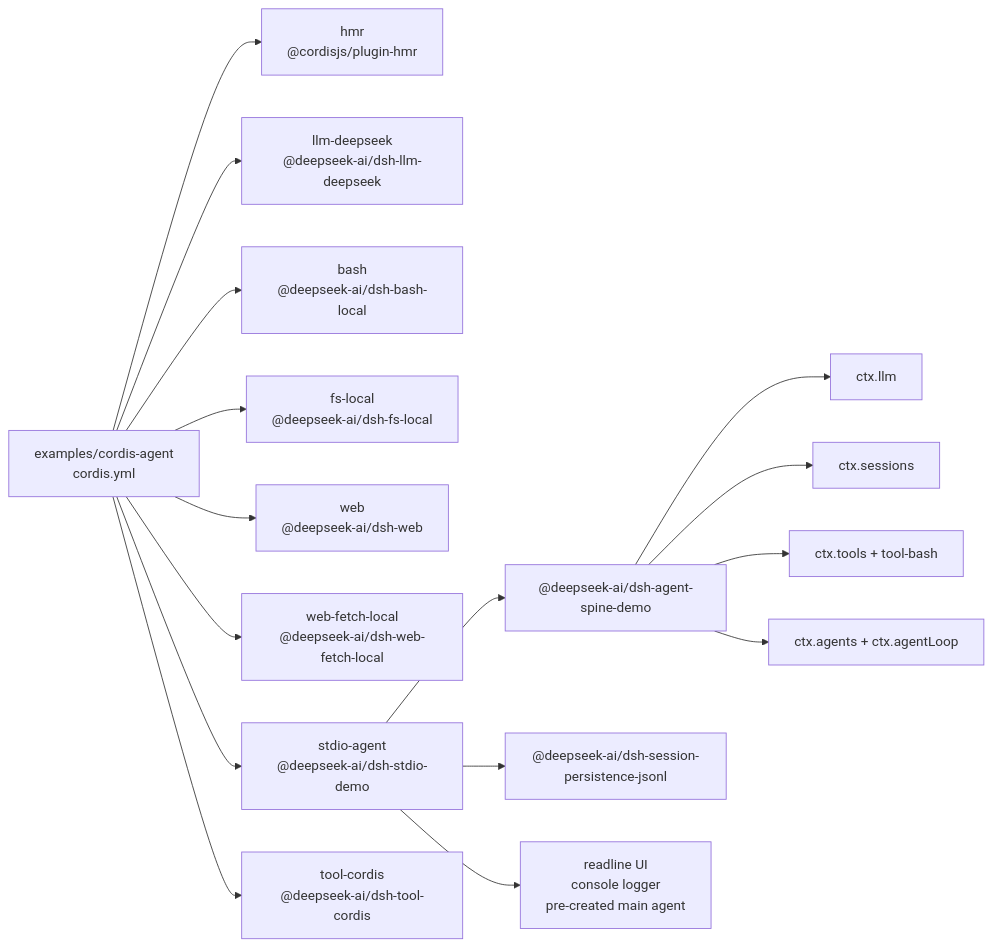
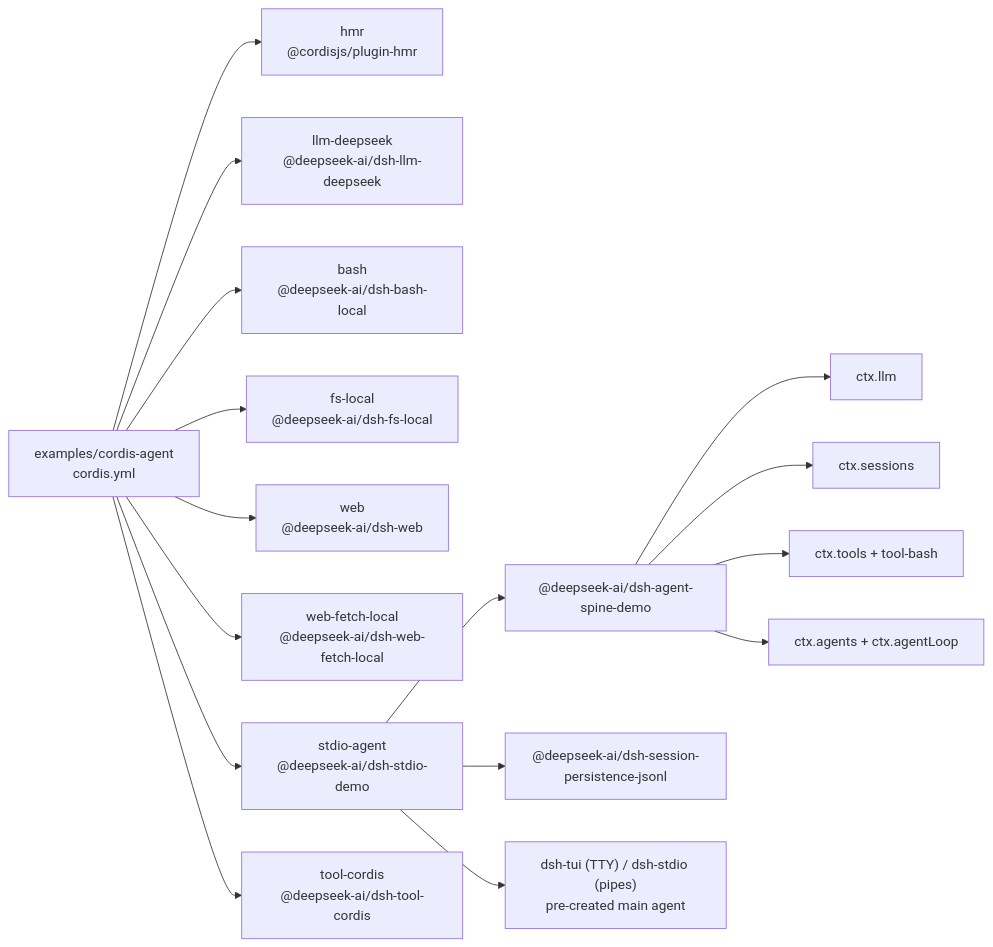
Before and after one commit to eru123/coco-harness: the diagram in examples/cordis-agent/composition.md, drawn with Mermaid. The commit also changed 106 other files, not shown here.

````diff
--- a/examples/cordis-agent/composition.md
+++ b/examples/cordis-agent/composition.md
@@ -8,27 +8,27 @@
 ```mermaid
 flowchart LR
   cfg["examples/cordis-agent<br/>cordis.yml"]
   plugin_cordis_hmr["hmr<br/>@cordisjs/plugin-hmr"]
   cfg --> plugin_cordis_hmr
   plugin_cordis_llm_deepseek["llm-deepseek<br/>@deepseek-ai/dsh-llm-deepseek"]
   cfg --> plugin_cordis_llm_deepseek
   plugin_cordis_bash["bash<br/>@deepseek-ai/dsh-bash-local"]
   cfg --> plugin_cordis_bash
   plugin_cordis_fs_local["fs-local<br/>@deepseek-ai/dsh-fs-local"]
   cfg --> plugin_cordis_fs_local
   plugin_cordis_web["web<br/>@deepseek-ai/dsh-web"]
   cfg --> plugin_cordis_web
   plugin_cordis_web_fetch_local["web-fetch-local<br/>@deepseek-ai/dsh-web-fetch-local"]
   cfg --> plugin_cordis_web_fetch_local
   plugin_cordis_stdio_agent["stdio-agent<br/>@deepseek-ai/dsh-stdio-demo"]
   cfg --> plugin_cordis_stdio_agent
   plugin_cordis_stdio_agent --> bundle_agent_core["@deepseek-ai/dsh-agent-spine-demo"]
   plugin_cordis_stdio_agent --> bundle_jsonl["@deepseek-ai/dsh-session-persistence-jsonl"]
-  plugin_cordis_stdio_agent --> frontdoor_stdio["readline UI<br/>console logger<br/>pre-created main agent"]
+  plugin_cordis_stdio_agent --> frontdoor_stdio["dsh-tui (TTY) / dsh-stdio (pipes)<br/>pre-created main agent"]
   bundle_agent_core --> spine_llm["ctx.llm"]
   bundle_agent_core --> spine_sessions["ctx.sessions"]
   bundle_agent_core --> spine_tools["ctx.tools + tool-bash"]
   bundle_agent_core --> spine_loop["ctx.agents + ctx.agentLoop"]
   plugin_cordis_tool_cordis["tool-cordis<br/>@deepseek-ai/dsh-tool-cordis"]
   cfg --> plugin_cordis_tool_cordis
 ```
````
